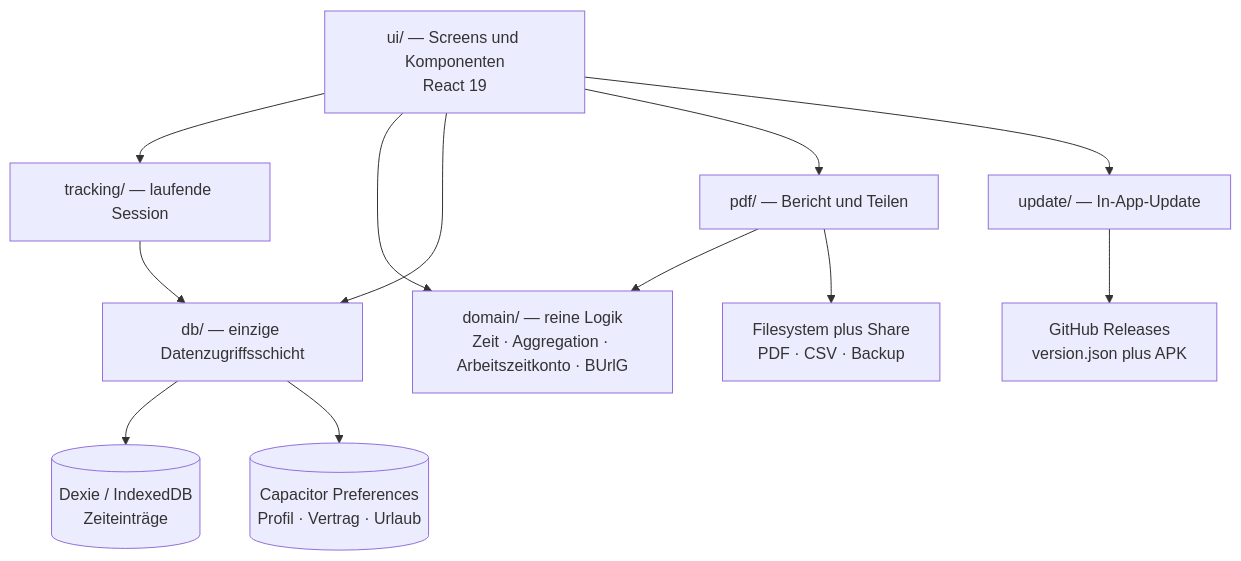
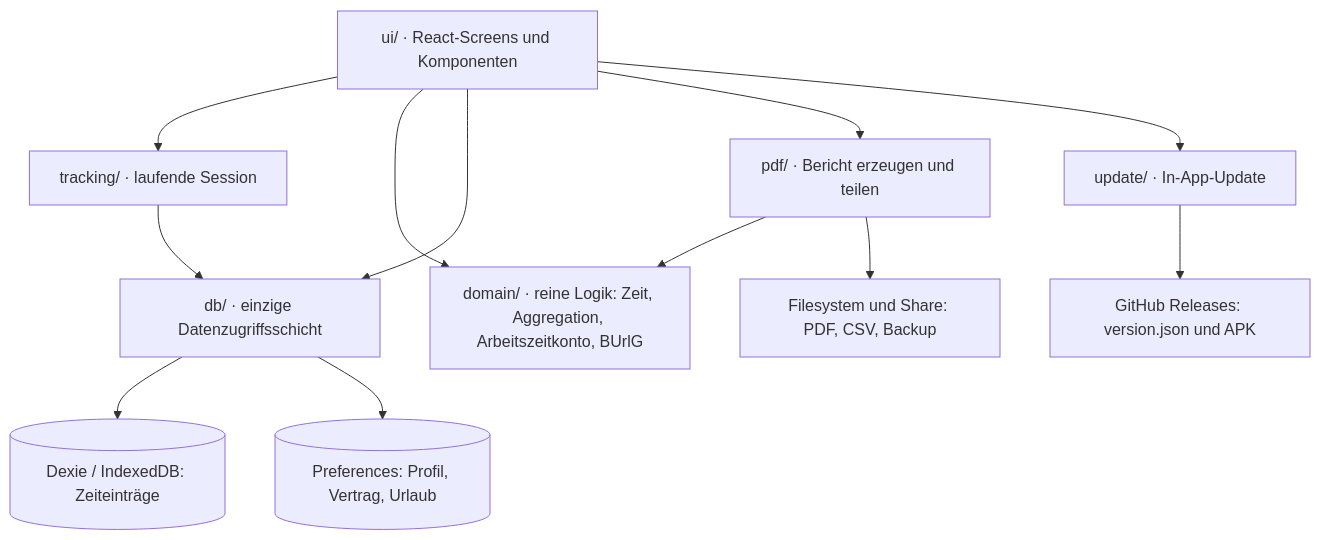
One commit to BosslandX/klarzeit changed the diagram in README.md. Above: the diagram before and after it, drawn with Mermaid.

Commit message:
docs: Mermaid-Labels einzeilig statt mit HTML-Umbruch
GitHub rendert Mermaid mit htmlLabels:false. Ein HTML-Zeilenumbruch wird dort
nicht umgebrochen, sondern verschluckt, sodass zwei Zeilen zusammenlaufen.
Einzeilige Labels sind unabhaengig von der Renderer-Konfiguration korrekt.

````diff
--- a/README.md
+++ b/README.md
@@ -227,26 +227,26 @@
 ```mermaid
 flowchart TD
-    UI["ui/ — Screens und Komponenten<br/>React 19"]
-    TR["tracking/ — laufende Session"]
-    DOM["domain/ — reine Logik<br/>Zeit · Aggregation · Arbeitszeitkonto · BUrlG"]
-    DB["db/ — einzige Datenzugriffsschicht"]
-    PDF["pdf/ — Bericht und Teilen"]
-    UPD["update/ — In-App-Update"]
+    UI["ui/ · React-Screens und Komponenten"]
+    TR["tracking/ · laufende Session"]
+    DOM["domain/ · reine Logik: Zeit, Aggregation, Arbeitszeitkonto, BUrlG"]
+    DB["db/ · einzige Datenzugriffsschicht"]
+    PDF["pdf/ · Bericht erzeugen und teilen"]
+    UPD["update/ · In-App-Update"]
 
-    DEXIE[("Dexie / IndexedDB<br/>Zeiteinträge")]
-    PREF[("Capacitor Preferences<br/>Profil · Vertrag · Urlaub")]
-    FS["Filesystem plus Share<br/>PDF · CSV · Backup"]
-    GH["GitHub Releases<br/>version.json plus APK"]
+    DEXIE[("Dexie / IndexedDB: Zeiteinträge")]
+    PREF[("Preferences: Profil, Vertrag, Urlaub")]
+    FS["Filesystem und Share: PDF, CSV, Backup"]
+    GH["GitHub Releases: version.json und APK"]
 
     UI --> TR
     UI --> DOM
     UI --> DB
     UI --> PDF
     UI --> UPD
     TR --> DB
     DB --> DEXIE
     DB --> PREF
     PDF --> DOM
     PDF --> FS
     UPD --> GH
 ```
````
